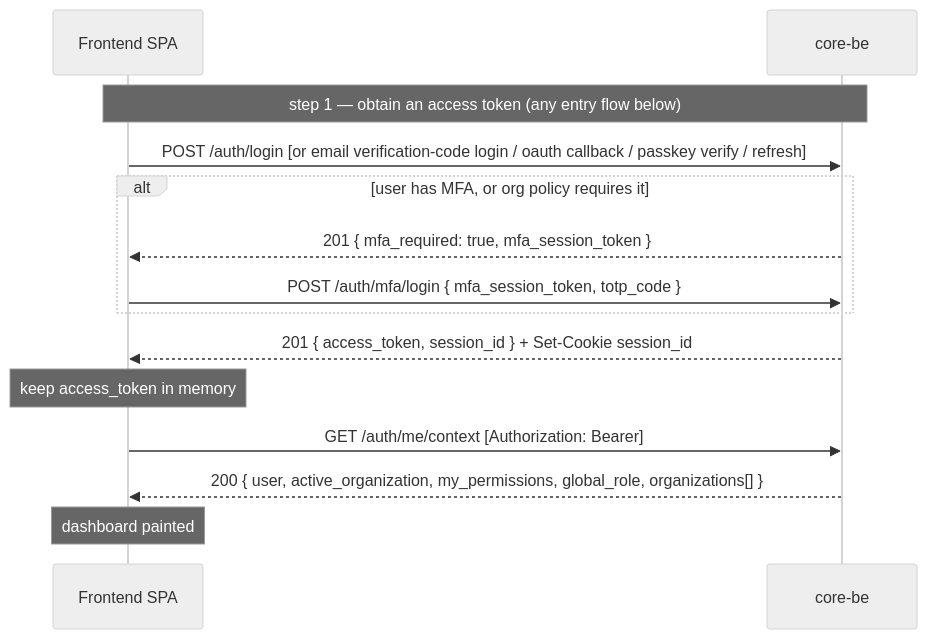
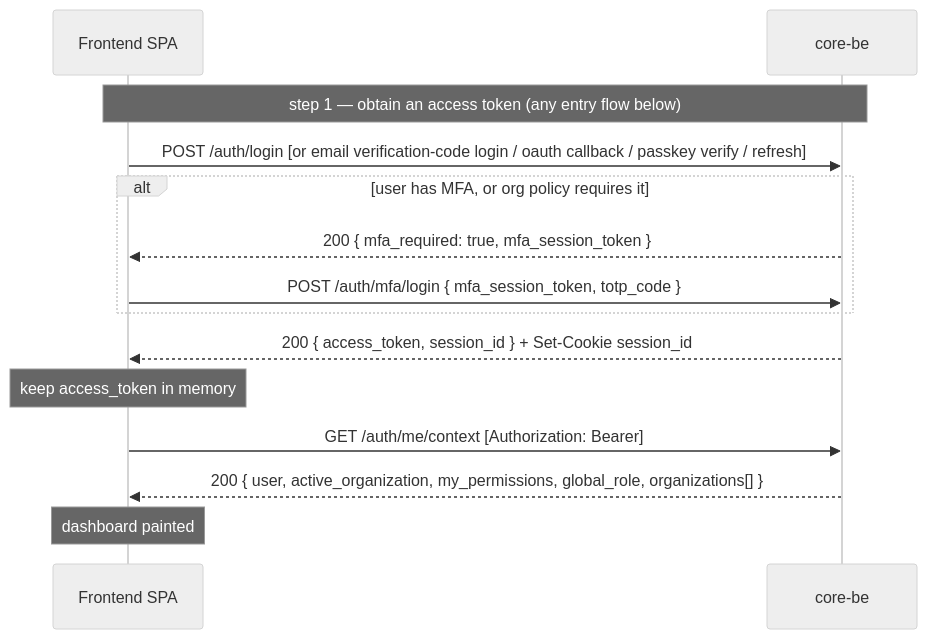
One commit to nikunjmavani/core-be changed the second of 2 diagrams in docs/reference/api/frontend-auth-guide.md. Above: the diagram before and after it, drawn with Mermaid (neutral theme). The commit also changed other lines of this file and 140 other files, not shown here.

````diff
--- a/docs/reference/api/frontend-auth-guide.md
+++ b/docs/reference/api/frontend-auth-guide.md
@@ -177,16 +177,16 @@
 ```mermaid
 sequenceDiagram
   participant FE as Frontend SPA
   participant API as core-be
   Note over FE,API: step 1 — obtain an access token (any entry flow below)
   FE->>API: POST /auth/login  [or email verification-code login / oauth callback / passkey verify / refresh]
   alt user has MFA, or org policy requires it
-    API-->>FE: 201 { mfa_required: true, mfa_session_token }
+    API-->>FE: 200 { mfa_required: true, mfa_session_token }
     FE->>API: POST /auth/mfa/login { mfa_session_token, totp_code }
   end
-  API-->>FE: 201 { access_token, session_id }  + Set-Cookie session_id
+  API-->>FE: 200 { access_token, session_id }  + Set-Cookie session_id
   Note over FE: keep access_token in memory
   FE->>API: GET /auth/me/context   [Authorization: Bearer]
   API-->>FE: 200 { user, active_organization, my_permissions, global_role, organizations[] }
   Note over FE: dashboard painted
 ```
````
